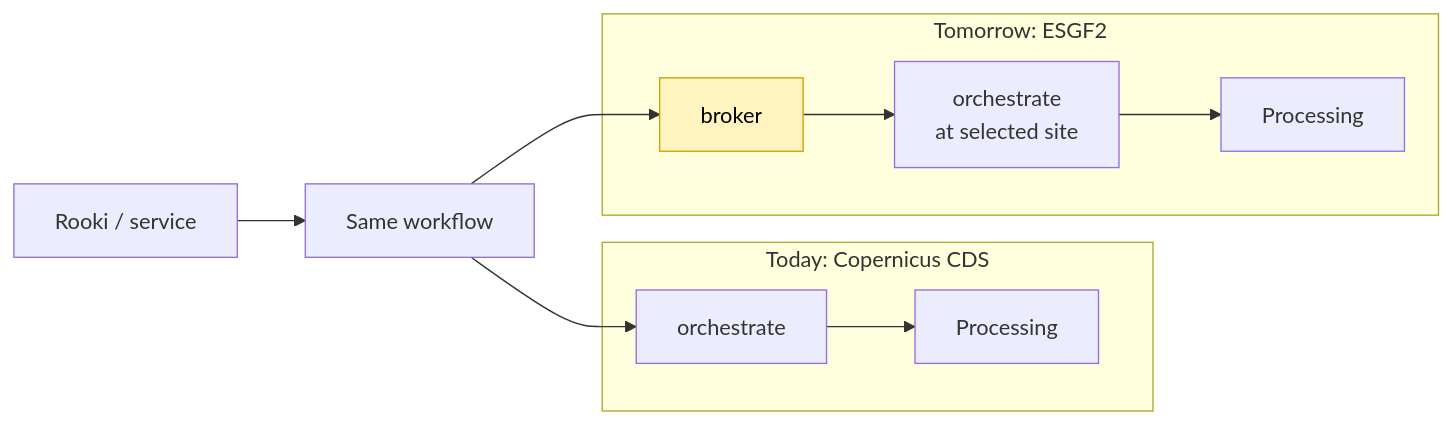
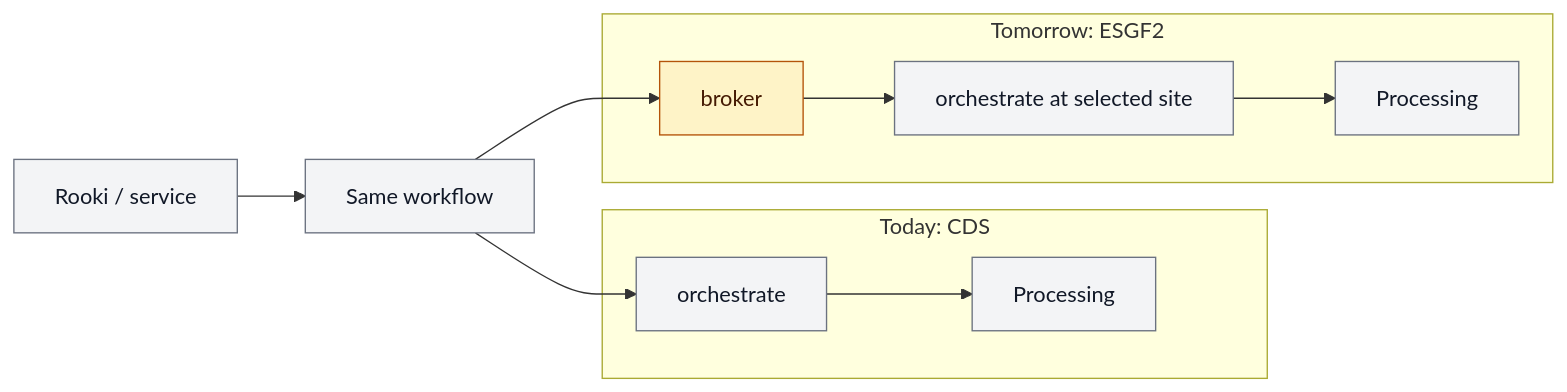
One commit to roocs/rook changed the seventh of 11 diagrams in Rook_WPS_ESGF2_talk_draft.md. Above: the diagram before and after it, drawn with Mermaid. The commit also changed other lines of this file and 12 other files, not shown here.

````diff
--- a/Rook_WPS_ESGF2_talk_draft.md
+++ b/Rook_WPS_ESGF2_talk_draft.md
@@ -287,18 +330,20 @@
 ```mermaid
 flowchart LR
     Client["Rooki / service"] --> Workflow["Same workflow"]
 
-    subgraph CDS["Today: Copernicus CDS"]
+    subgraph CDS["Today: CDS"]
         OrchestrateCDS["orchestrate"] --> ProcessingCDS["Processing"]
     end
 
     subgraph ESGF["Tomorrow: ESGF2"]
-        Broker["broker"] --> OrchestrateESGF["orchestrate<br/>at selected site"]
+        Broker["broker"] --> OrchestrateESGF["orchestrate at selected site"]
         OrchestrateESGF --> ProcessingESGF["Processing"]
     end
 
     Workflow --> OrchestrateCDS
     Workflow --> Broker
 
-    style Broker fill:#fff3bf,stroke:#d69e00,color:#000
+    classDef default fill:#f3f4f6,stroke:#6b7280,color:#111827
+    classDef new fill:#fef3c7,stroke:#b45309,color:#451a03
+    class Broker new
 ```
````
